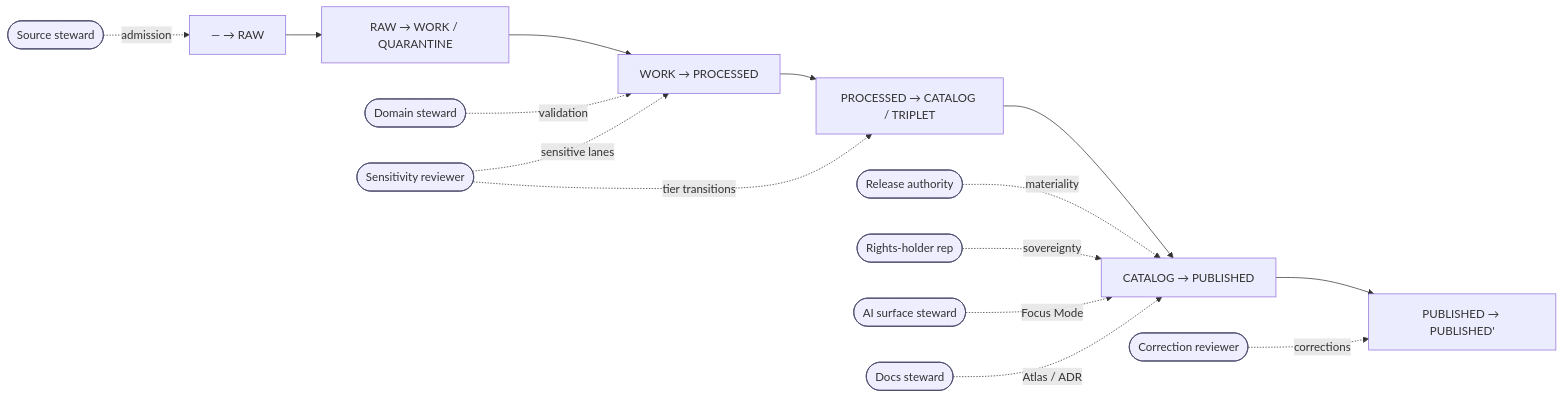
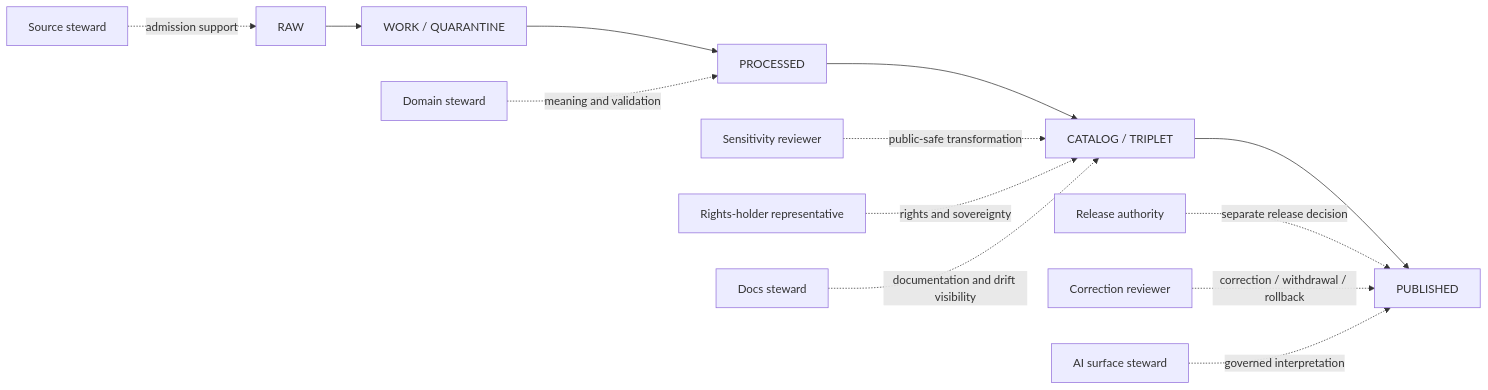
One commit to bartytime4life/Kansas-Frontier-Matrix changed the diagram in docs/governance/STEWARD_CHARTERS.md. Above: the diagram before and after it, drawn with Mermaid. The commit also changed other lines of this file, not shown here.

Commit message:
docs(governance): reconcile steward charter boundaries

````diff
--- a/docs/governance/STEWARD_CHARTERS.md
+++ b/docs/governance/STEWARD_CHARTERS.md
@@ -163,18 +286,16 @@
 ```mermaid
 flowchart LR
-    A["— → RAW"] --> B["RAW → WORK / QUARANTINE"]
-    B --> C["WORK → PROCESSED"]
-    C --> D["PROCESSED → CATALOG / TRIPLET"]
-    D --> E["CATALOG → PUBLISHED"]
-    E --> F["PUBLISHED → PUBLISHED'"]
-    SRC(["Source steward"]):::role -.->|admission| A
-    DOM(["Domain steward"]):::role -.->|validation| C
-    SENS(["Sensitivity reviewer"]):::role -.->|sensitive lanes| C
-    SENS -.->|tier transitions| D
-    REL(["Release authority"]):::role -.->|materiality| E
-    RIGHTS(["Rights-holder rep"]):::role -.->|sovereignty| E
-    CORR(["Correction reviewer"]):::role -.->|corrections| F
-    AI(["AI surface steward"]):::role -.->|Focus Mode| E
-    DOCS(["Docs steward"]):::role -.->|Atlas / ADR| E
-    classDef role fill:#eef,stroke:#446,stroke-width:1px;
+  RAW[RAW] --> WQ[WORK / QUARANTINE]
+  WQ --> PROCESSED[PROCESSED]
+  PROCESSED --> CATALOG[CATALOG / TRIPLET]
+  CATALOG --> PUBLISHED[PUBLISHED]
+
+  SRC[Source steward] -. admission support .-> RAW
+  DOM[Domain steward] -. meaning and validation .-> PROCESSED
+  SENS[Sensitivity reviewer] -. public-safe transformation .-> CATALOG
+  RIGHTS[Rights-holder representative] -. rights and sovereignty .-> CATALOG
+  REL[Release authority] -. separate release decision .-> PUBLISHED
+  CORR[Correction reviewer] -. correction / withdrawal / rollback .-> PUBLISHED
+  AI[AI surface steward] -. governed interpretation .-> PUBLISHED
+  DOCS[Docs steward] -. documentation and drift visibility .-> CATALOG
 ```
````
